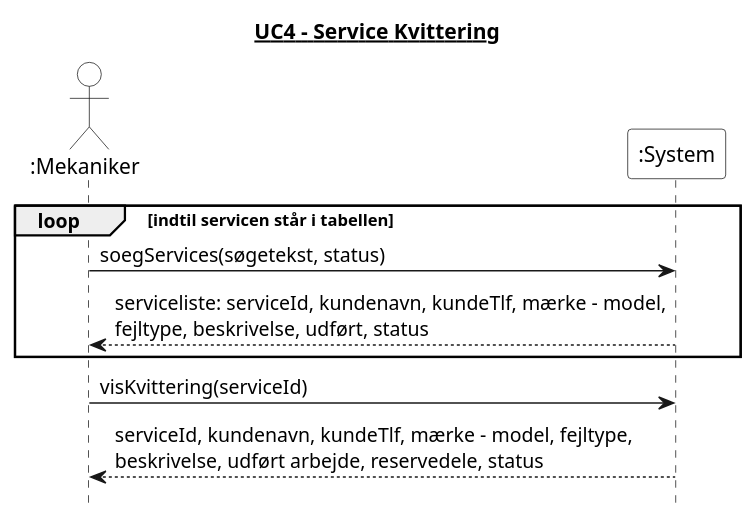
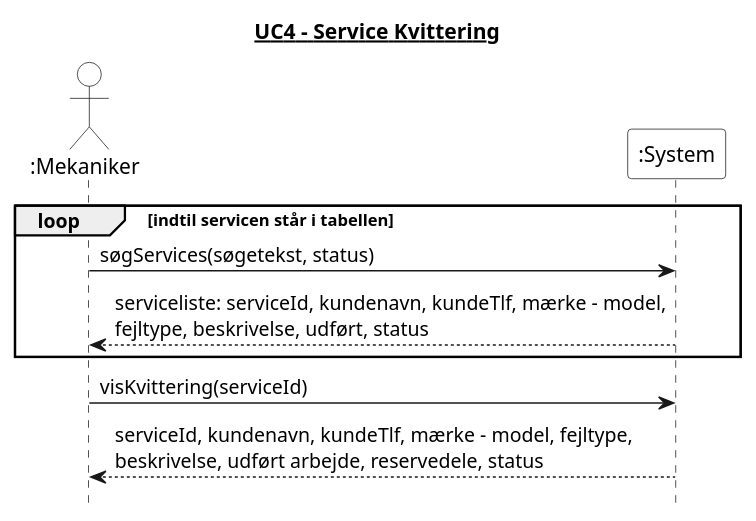
The diagram in 4. System Sekvens Diagram/UC4_service_kvittering.puml (Zoabz/Getting-Real), drawn with PlantUML before and after one commit. The commit also changed 3 other files, not shown here.

```diff
--- a/4. System Sekvens Diagram/UC4_service_kvittering.puml
+++ b/4. System Sekvens Diagram/UC4_service_kvittering.puml
@@ -1,27 +1,27 @@
 @startuml
 title <u>UC4 - Service Kvittering</u>
 hide footbox
 skinparam monochrome true
 skinparam shadowing false
 skinparam backgroundColor white
 skinparam actor {
   BackgroundColor white
 }
 skinparam participant {
   BackgroundColor white
 }
 
 actor ":Mekaniker"
 participant ":System" as System
 
 loop indtil servicen står i tabellen
-  ":Mekaniker" -> System : soegServices(søgetekst, status)
+  ":Mekaniker" -> System : søgServices(søgetekst, status)
   
   System --> ":Mekaniker" : serviceliste: serviceId, kundenavn, kundeTlf, mærke - model,\nfejltype, beskrivelse, udført, status
   
 end
 ":Mekaniker" -> System : visKvittering(serviceId)
 
 System --> ":Mekaniker" : serviceId, kundenavn, kundeTlf, mærke - model, fejltype,\nbeskrivelse, udført arbejde, reservedele, status
 
 @enduml
```
